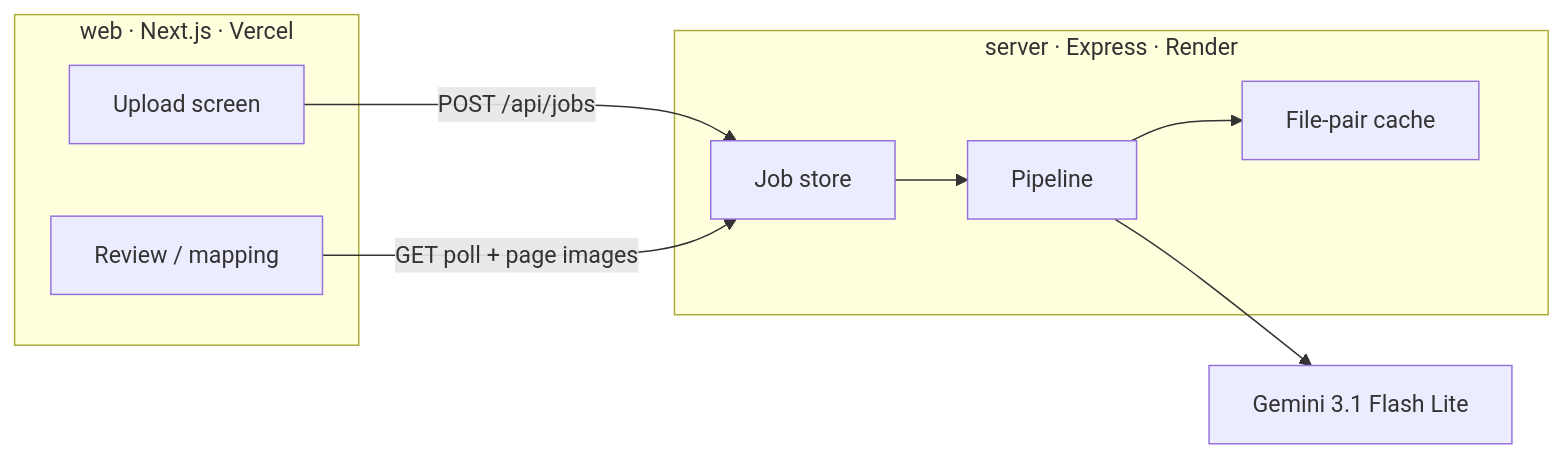
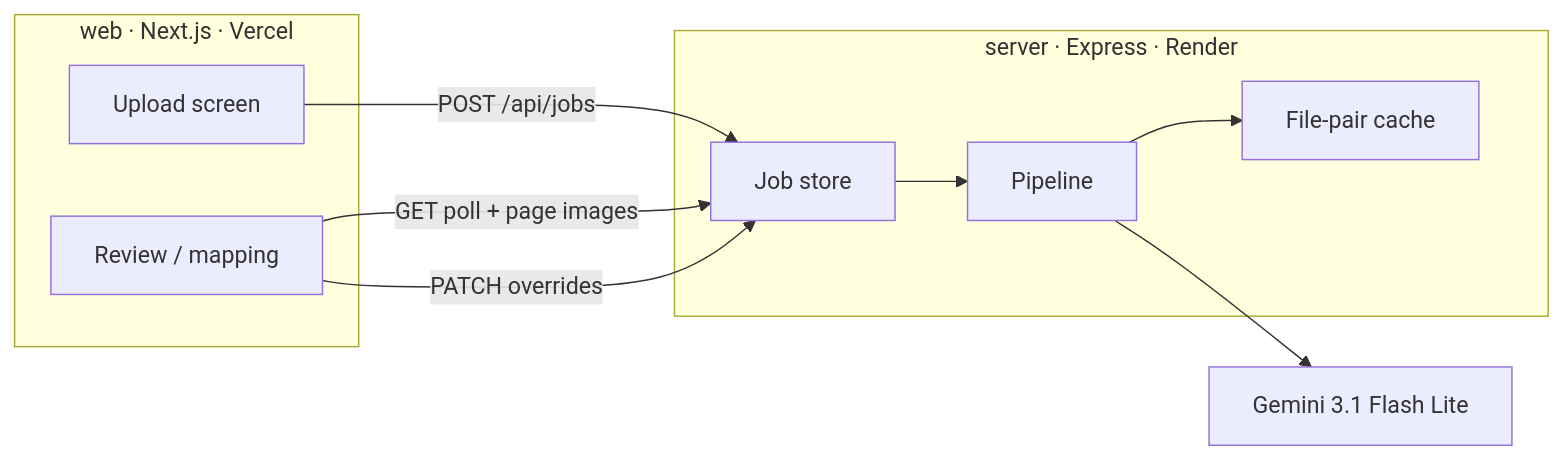
The diagram in README.md (Binary0011247/AI-Tutor-RAG), drawn with Mermaid before and after one commit. The commit also changed other lines of this file and 4 other files, not shown here.

````diff
--- a/README.md
+++ b/README.md
@@ -89,18 +197,19 @@
 ```mermaid
 flowchart LR
   subgraph web ["web · Next.js · Vercel"]
     Upload["Upload screen"]
     Review["Review / mapping"]
   end
   subgraph api ["server · Express · Render"]
     Jobs["Job store"]
     Pipe["Pipeline"]
     Cache["File-pair cache"]
   end
   Gemini["Gemini 3.1 Flash Lite"]
   Upload -->|POST /api/jobs| Jobs
   Review -->|GET poll + page images| Jobs
+  Review -->|PATCH overrides| Jobs
   Jobs --> Pipe
   Pipe --> Cache
   Pipe --> Gemini
 ```
````
